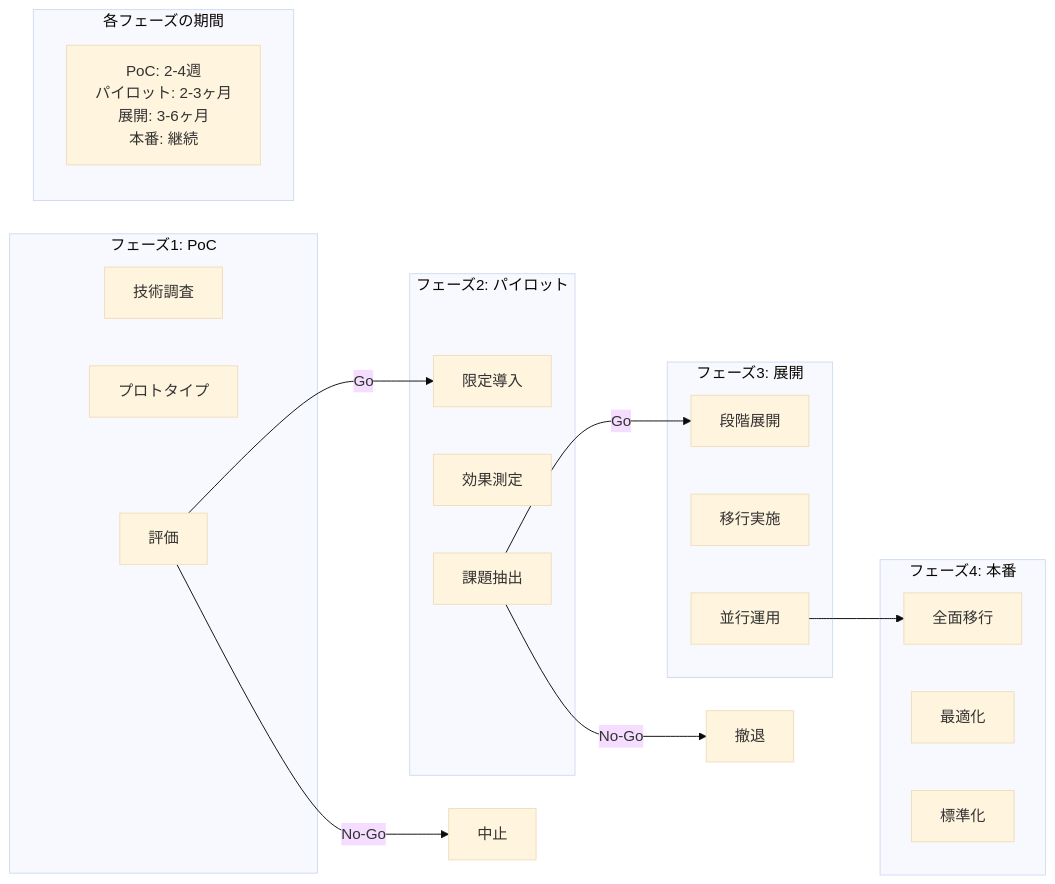
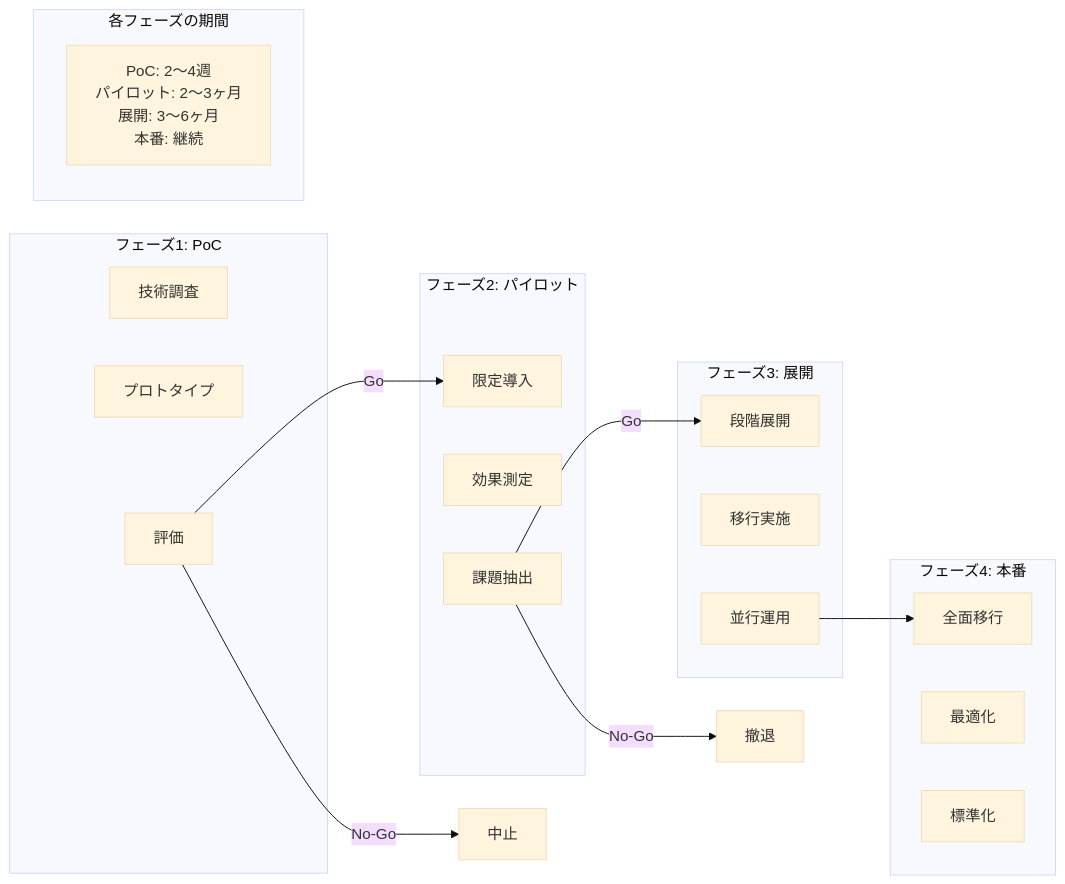
One commit to itdojp/formal-methods-book changed the third of 3 diagrams in manuscript/chapters/chapter13/index.md. Above: the diagram before and after it, drawn with Mermaid (base theme). The commit also changed other lines of this file and 18 other files, not shown here.

````diff
--- a/manuscript/chapters/chapter13/index.md
+++ b/manuscript/chapters/chapter13/index.md
@@ -938,38 +938,38 @@
 ```mermaid
 graph LR
     subgraph "フェーズ1: PoC"
         POC1[技術調査]
         POC2[プロトタイプ]
         POC3[評価]
     end
     
     subgraph "フェーズ2: パイロット"
         PILOT1[限定導入]
         PILOT2[効果測定]
         PILOT3[課題抽出]
     end
     
     subgraph "フェーズ3: 展開"
         ROLL1[段階展開]
         ROLL2[移行実施]
         ROLL3[並行運用]
     end
     
     subgraph "フェーズ4: 本番"
         PROD1[全面移行]
         PROD2[最適化]
         PROD3[標準化]
     end
     
     POC3 -->|Go| PILOT1
     POC3 -->|No-Go| EXIT1[中止]
     
     PILOT3 -->|Go| ROLL1
     PILOT3 -->|No-Go| EXIT2[撤退]
     
     ROLL3 --> PROD1
     
     subgraph "各フェーズの期間"
-        TIME[PoC: 2-4週<br/>パイロット: 2-3ヶ月<br/>展開: 3-6ヶ月<br/>本番: 継続]
+        TIME[PoC: 2〜4週<br/>パイロット: 2〜3ヶ月<br/>展開: 3〜6ヶ月<br/>本番: 継続]
     end
 ```
````
